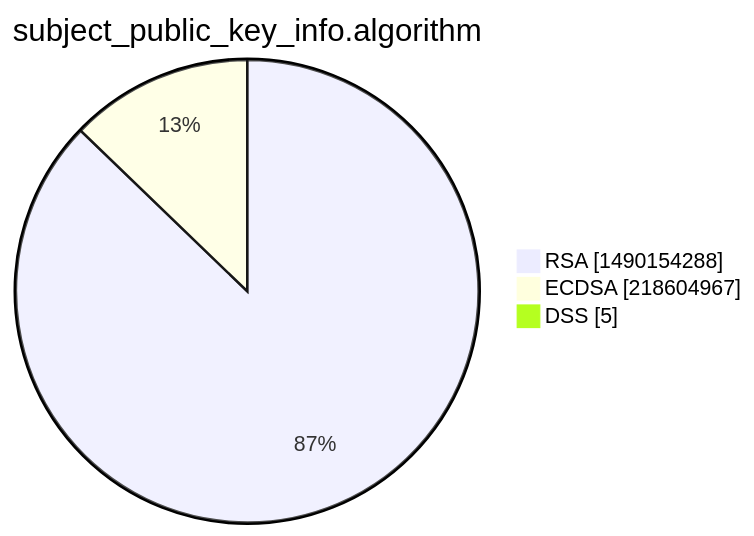
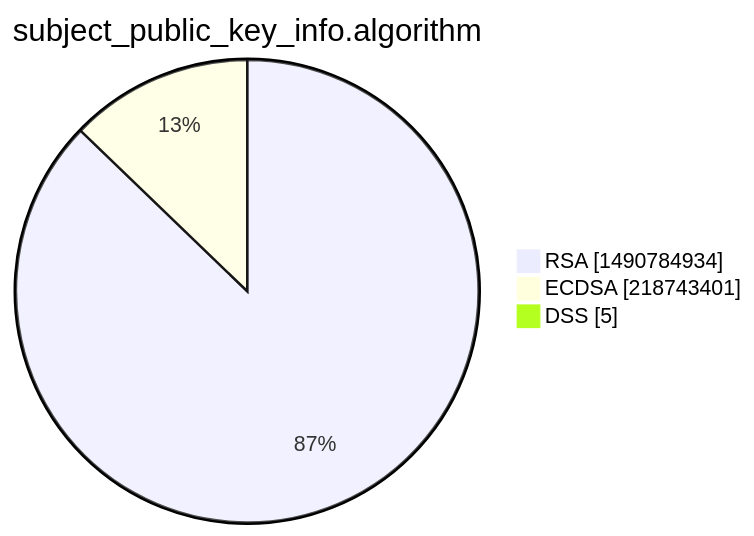
The third of 15 diagrams in xenon2022/README.md (christiankrug/ctmonitor_visualization), drawn with Mermaid before and after one commit. The commit also changed other lines of this file, not shown here.

````diff
--- a/xenon2022/README.md
+++ b/xenon2022/README.md
@@ -14,7 +14,7 @@
 ```mermaid
 pie showData
 title subject_public_key_info.algorithm
-"RSA" :1490154288
-"ECDSA" :218604967
+"RSA" :1490784934
+"ECDSA" :218743401
 "DSS" :5
 ```
````
